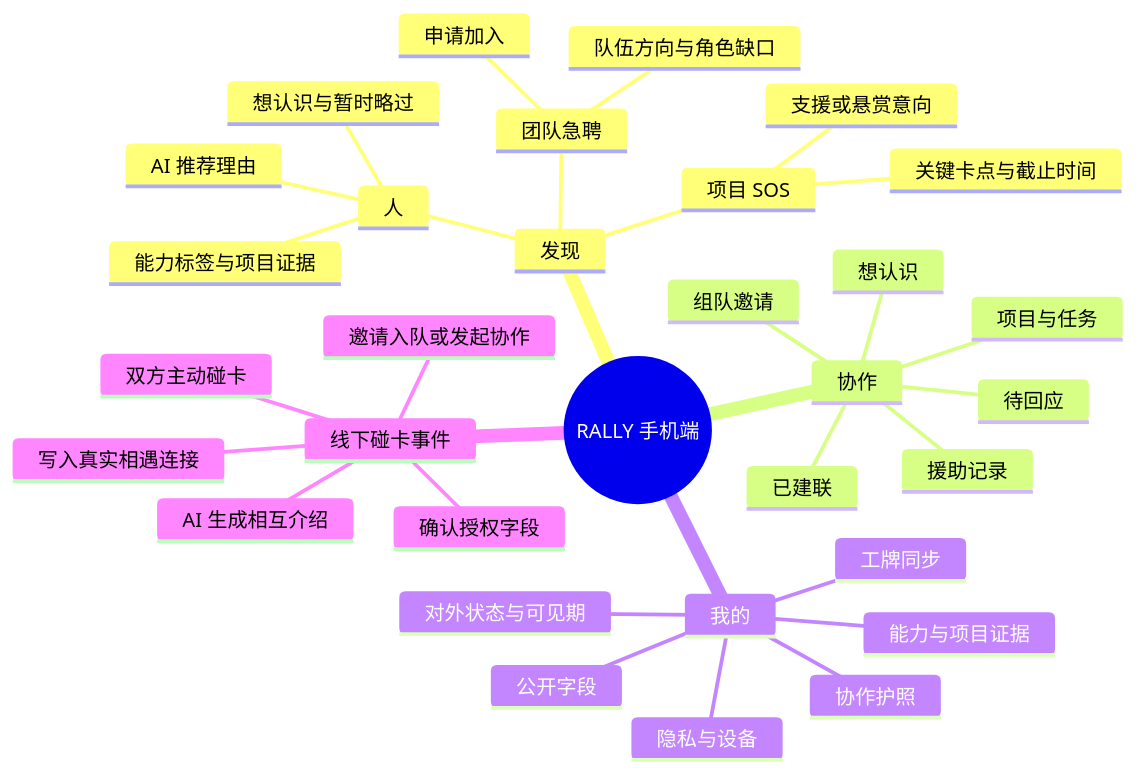
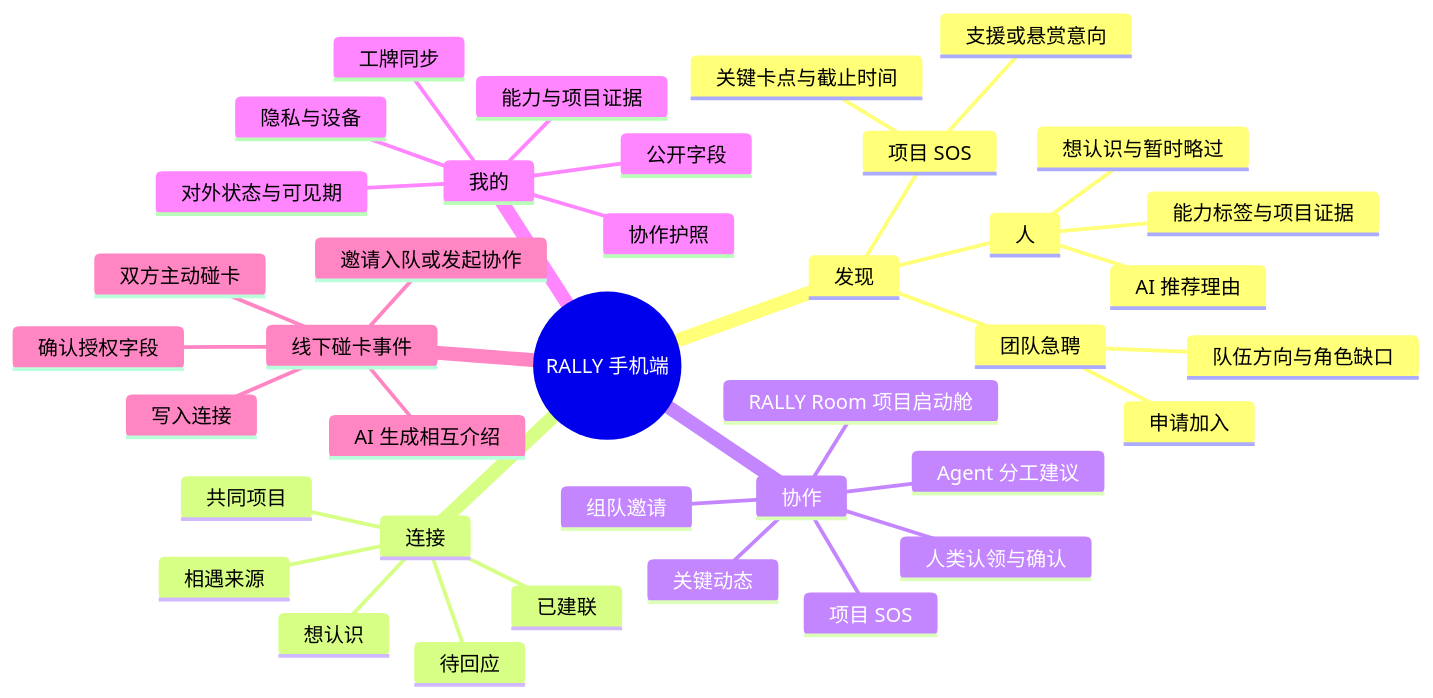
The diagram in 当前方案-ToC-AI组队/07-手机端功能结构与信息架构.md (yangjinmin666/ai-collaboration-passport-hackathon), drawn with Mermaid before and after one commit. The commit also changed other lines of this file and 26 other files, not shown here.

Commit message:
feat: add RALLY project launch room

````diff
--- a/当前方案-ToC-AI组队/07-手机端功能结构与信息架构.md
+++ b/当前方案-ToC-AI组队/07-手机端功能结构与信息架构.md
@@ -33,37 +34,43 @@
 ```mermaid
-%% MEANING: 展示三个手机端一级入口，以及线下碰卡如何作为跨页事件连接它们
+%% MEANING: 展示四个手机端一级入口，以及线下碰卡如何把发现转为连接并继续进入具体协作
 %% Type: Mindmap
 mindmap
     ((RALLY 手机端))
         发现
             人
                 能力标签与项目证据
                 AI 推荐理由
                 想认识与暂时略过
             团队急聘
                 队伍方向与角色缺口
                 申请加入
             项目 SOS
                 关键卡点与截止时间
                 支援或悬赏意向
-        协作
+        连接
             想认识
             待回应
             已建联
+            相遇来源
+            共同项目
+        协作
             组队邀请
-            项目与任务
-            援助记录
+            RALLY Room 项目启动舱
+            Agent 分工建议
+            人类认领与确认
+            关键动态
+            项目 SOS
         我的
             协作护照
             对外状态与可见期
             能力与项目证据
             公开字段
             工牌同步
             隐私与设备
         线下碰卡事件
             双方主动碰卡
             确认授权字段
             AI 生成相互介绍
-            写入真实相遇连接
+            写入连接
             邀请入队或发起协作
 ```
````
